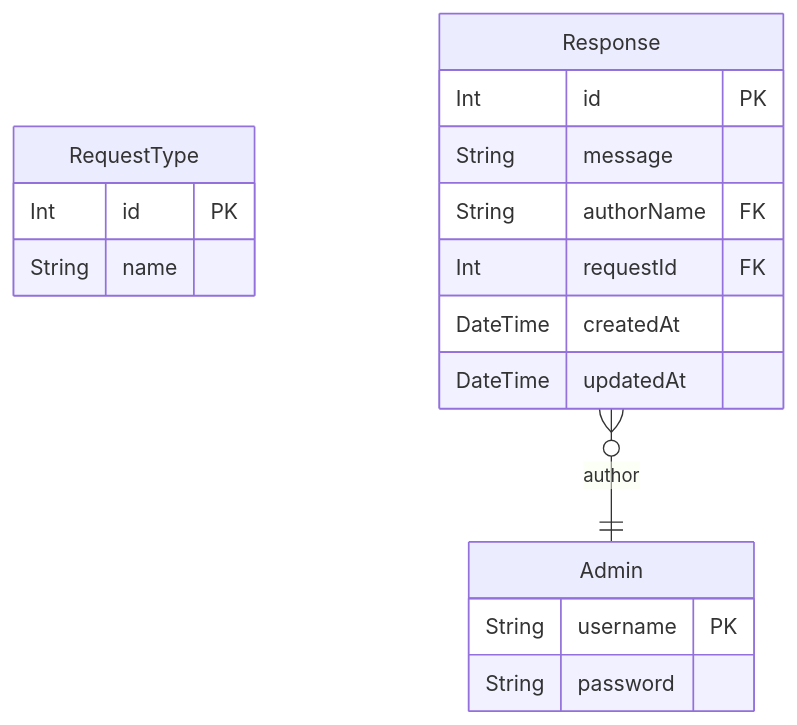
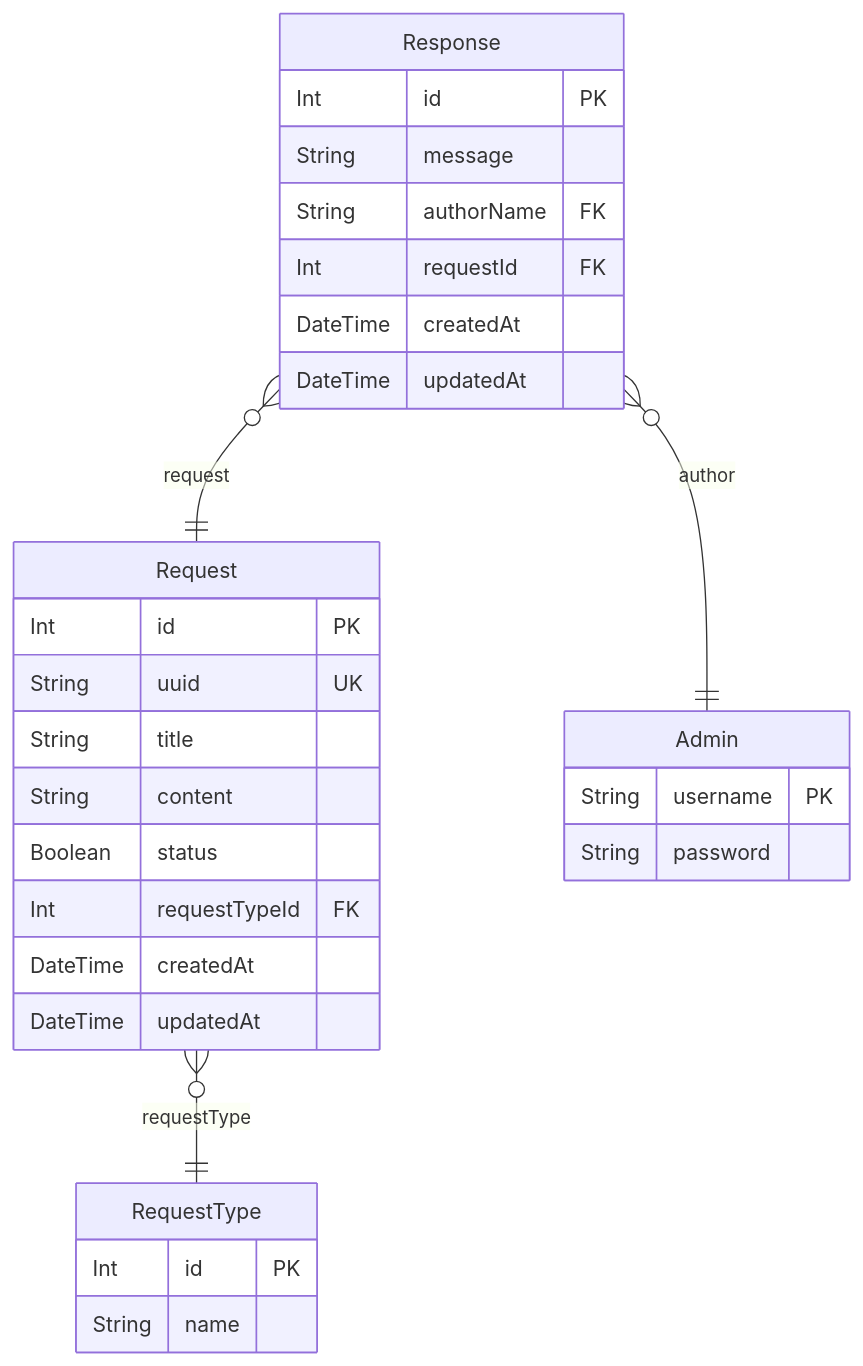
One commit to serkandyck/sayem-proje changed the diagram in prisma/ERD.md. Above: the diagram before and after it, drawn with Mermaid. The commit also changed other lines of this file and 1 other file, not shown here.

Commit message:
update erd

````diff
--- a/prisma/ERD.md
+++ b/prisma/ERD.md
@@ -42,20 +6,32 @@
 ```mermaid
 erDiagram
+"Request" {
+    Int id PK
+    String uuid UK
+    String title
+    String content
+    Boolean status
+    Int requestTypeId FK
+    DateTime createdAt
+    DateTime updatedAt
+}
 "RequestType" {
     Int id PK
     String name
 }
 "Admin" {
     String username PK
     String password
 }
 "Response" {
     Int id PK
     String message
     String authorName FK
     Int requestId FK
     DateTime createdAt
     DateTime updatedAt
 }
+"Request" }o--|| "RequestType" : requestType
 "Response" }o--|| "Admin" : author
+"Response" }o--|| "Request" : request
 ```
````
